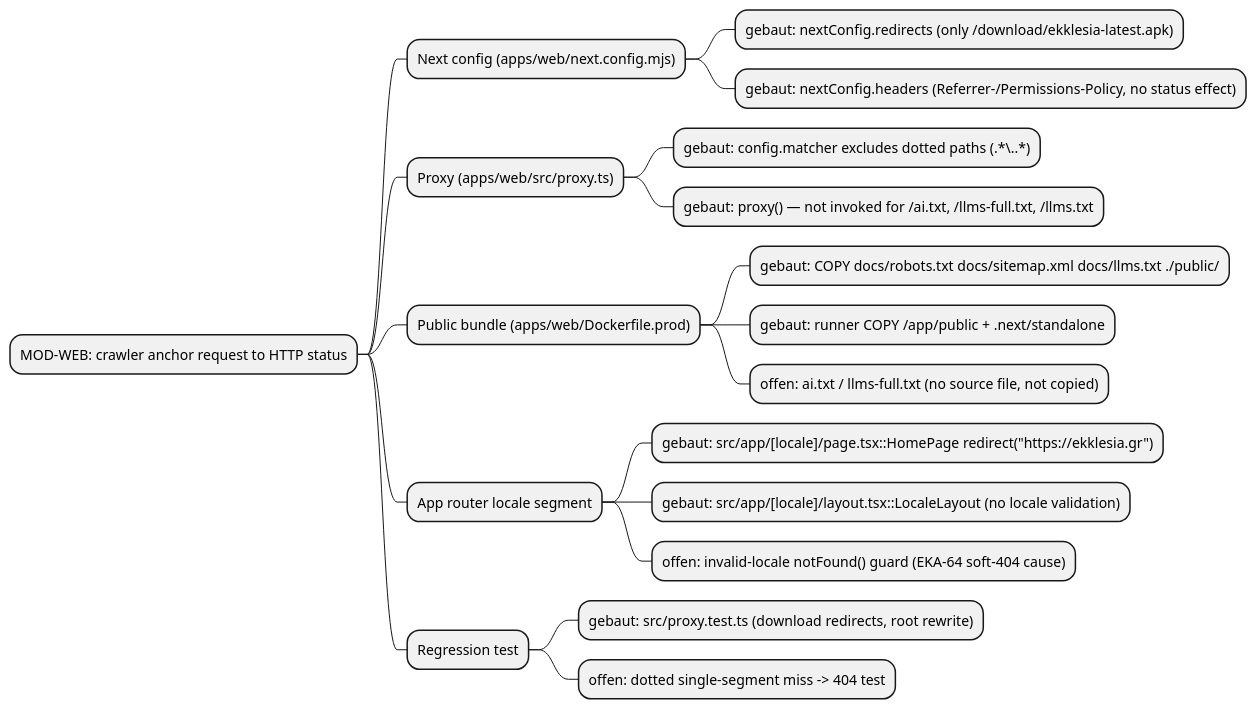
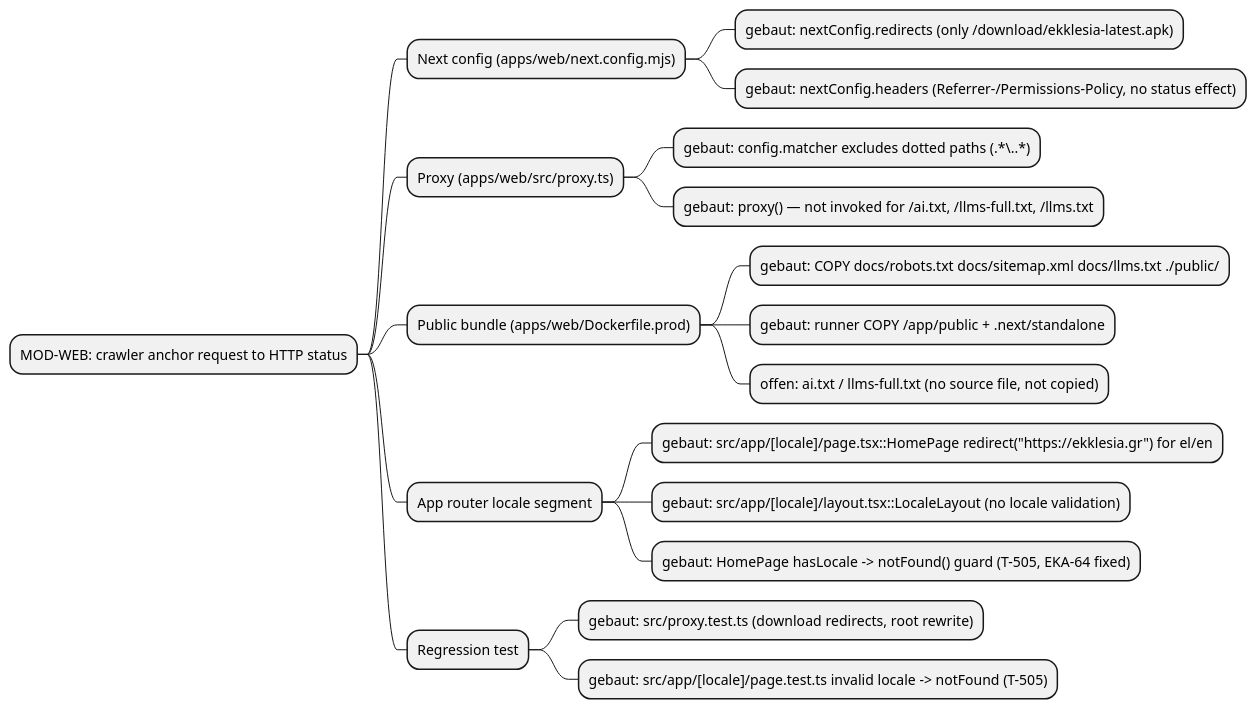
The third of 4 diagrams in docs/architecture/map.puml (NeaBouli/pnyx), drawn with PlantUML before and after one commit. The commit also changed other lines of this file and 5 other files, not shown here.

First line of the commit message:
fix(web): return 404 for invalid [locale] instead of landing redirect (EKA-64, T-505)

```diff
--- a/docs/architecture/map.puml
+++ b/docs/architecture/map.puml
@@ -53,21 +53,21 @@
 @startmindmap
 ' EKA-64 — MOD-WEB static crawler anchor delivery (base 4cc1193, T-504, mapping only)
 * MOD-WEB: crawler anchor request to HTTP status
 ** Next config (apps/web/next.config.mjs)
 *** gebaut: nextConfig.redirects (only /download/ekklesia-latest.apk)
 *** gebaut: nextConfig.headers (Referrer-/Permissions-Policy, no status effect)
 ** Proxy (apps/web/src/proxy.ts)
 *** gebaut: config.matcher excludes dotted paths (.*\\..*)
 *** gebaut: proxy() — not invoked for /ai.txt, /llms-full.txt, /llms.txt
 ** Public bundle (apps/web/Dockerfile.prod)
 *** gebaut: COPY docs/robots.txt docs/sitemap.xml docs/llms.txt ./public/
 *** gebaut: runner COPY /app/public + .next/standalone
 *** offen: ai.txt / llms-full.txt (no source file, not copied)
 ** App router locale segment
-*** gebaut: src/app/[locale]/page.tsx::HomePage redirect("https://ekklesia.gr")
+*** gebaut: src/app/[locale]/page.tsx::HomePage redirect("https://ekklesia.gr") for el/en
 *** gebaut: src/app/[locale]/layout.tsx::LocaleLayout (no locale validation)
-*** offen: invalid-locale notFound() guard (EKA-64 soft-404 cause)
+*** gebaut: HomePage hasLocale -> notFound() guard (T-505, EKA-64 fixed)
 ** Regression test
 *** gebaut: src/proxy.test.ts (download redirects, root rewrite)
-*** offen: dotted single-segment miss -> 404 test
+*** gebaut: src/app/[locale]/page.test.ts invalid locale -> notFound (T-505)
 @endmindmap
```
